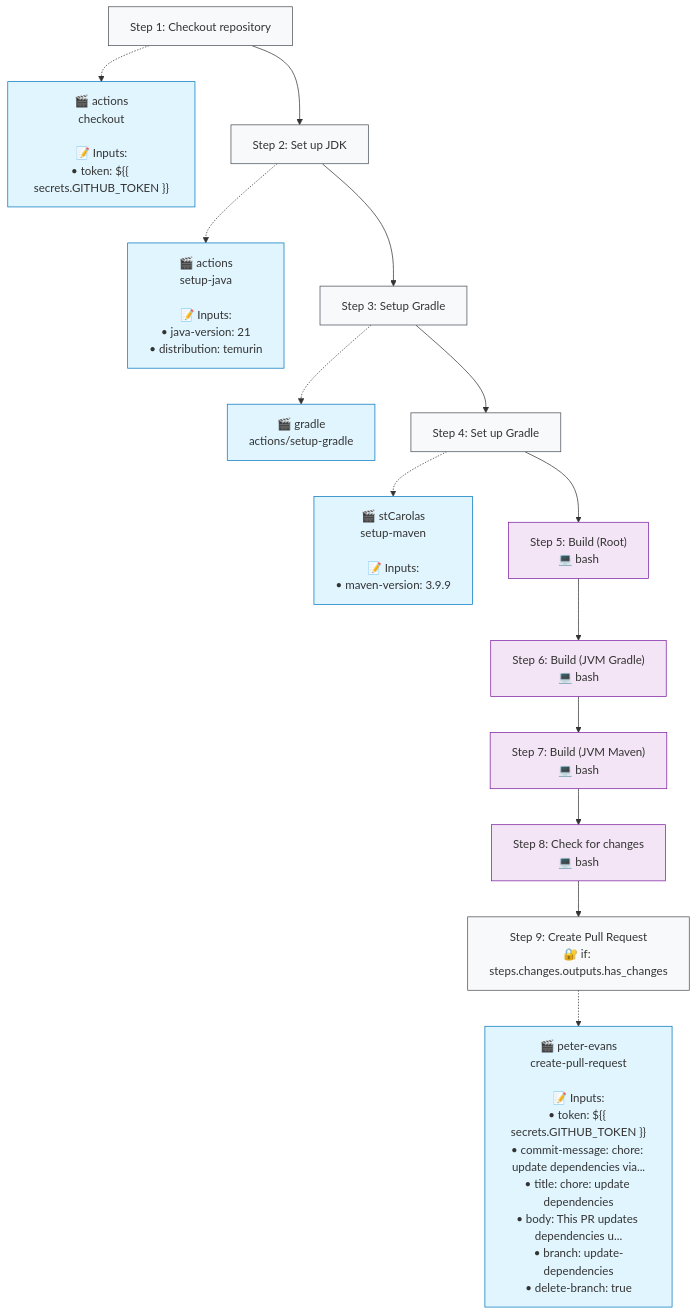
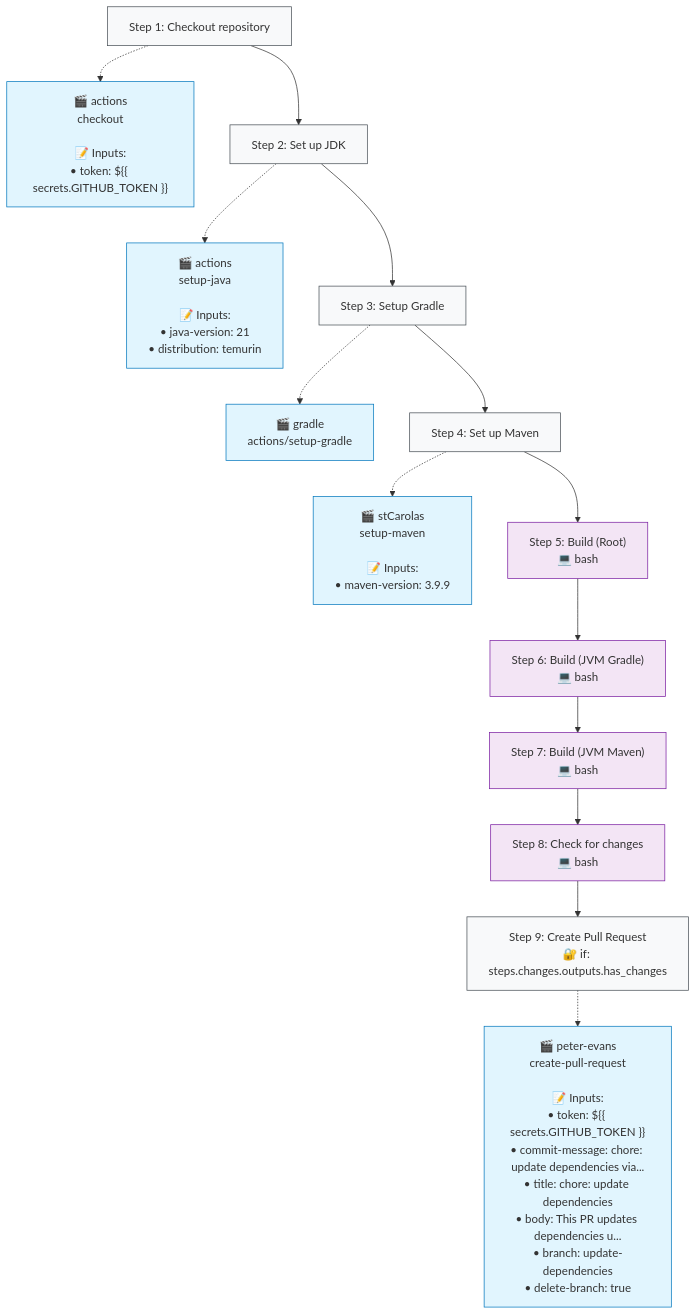
One commit to typeflows/typeflows changed the second of 2 diagrams in .github/typeflows/update-dependencies/README.md. Above: the diagram before and after it, drawn with Mermaid. The commit also changed 2 other files, not shown here.

Commit message:
Use a better task name

````diff
--- a/.github/typeflows/update-dependencies/README.md
+++ b/.github/typeflows/update-dependencies/README.md
@@ -23,45 +23,45 @@
 ```mermaid
 %%{init: {"flowchart": {"curve": "basis"}}}%%
 flowchart TD
     step1["Step 1: Checkout repository"]
     style step1 fill:#f8f9fa,stroke:#495057
     action1["🎬 actions<br/>checkout<br/><br/>📝 Inputs:<br/>• token: ${{ secrets.GITHUB_TOKEN }}"]
     style action1 fill:#e1f5fe,stroke:#0277bd
     step1 -.-> action1
     step2["Step 2: Set up JDK"]
     style step2 fill:#f8f9fa,stroke:#495057
     action2["🎬 actions<br/>setup-java<br/><br/>📝 Inputs:<br/>• java-version: 21<br/>• distribution: temurin"]
     style action2 fill:#e1f5fe,stroke:#0277bd
     step2 -.-> action2
     step1 --> step2
     step3["Step 3: Setup Gradle"]
     style step3 fill:#f8f9fa,stroke:#495057
     action3["🎬 gradle<br/>actions/setup-gradle"]
     style action3 fill:#e1f5fe,stroke:#0277bd
     step3 -.-> action3
     step2 --> step3
-    step4["Step 4: Set up Gradle"]
+    step4["Step 4: Set up Maven"]
     style step4 fill:#f8f9fa,stroke:#495057
     action4["🎬 stCarolas<br/>setup-maven<br/><br/>📝 Inputs:<br/>• maven-version: 3.9.9"]
     style action4 fill:#e1f5fe,stroke:#0277bd
     step4 -.-> action4
     step3 --> step4
     step5["Step 5: Build (Root)<br/>💻 bash"]
     style step5 fill:#f3e5f5,stroke:#7b1fa2
     step4 --> step5
     step6["Step 6: Build (JVM Gradle)<br/>💻 bash"]
     style step6 fill:#f3e5f5,stroke:#7b1fa2
     step5 --> step6
     step7["Step 7: Build (JVM Maven)<br/>💻 bash"]
     style step7 fill:#f3e5f5,stroke:#7b1fa2
     step6 --> step7
     step8["Step 8: Check for changes<br/>💻 bash"]
     style step8 fill:#f3e5f5,stroke:#7b1fa2
     step7 --> step8
     step9["Step 9: Create Pull Request<br/>🔐 if: steps.changes.outputs.has_changes"]
     style step9 fill:#f8f9fa,stroke:#495057
     action9["🎬 peter-evans<br/>create-pull-request<br/><br/>📝 Inputs:<br/>• token: ${{ secrets.GITHUB_TOKEN }}<br/>• commit-message: chore: update dependencies via...<br/>• title: chore: update dependencies<br/>• body: This PR updates dependencies u...<br/>• branch: update-dependencies<br/>• delete-branch: true"]
     style action9 fill:#e1f5fe,stroke:#0277bd
     step9 -.-> action9
     step8 --> step9
 ```
````
